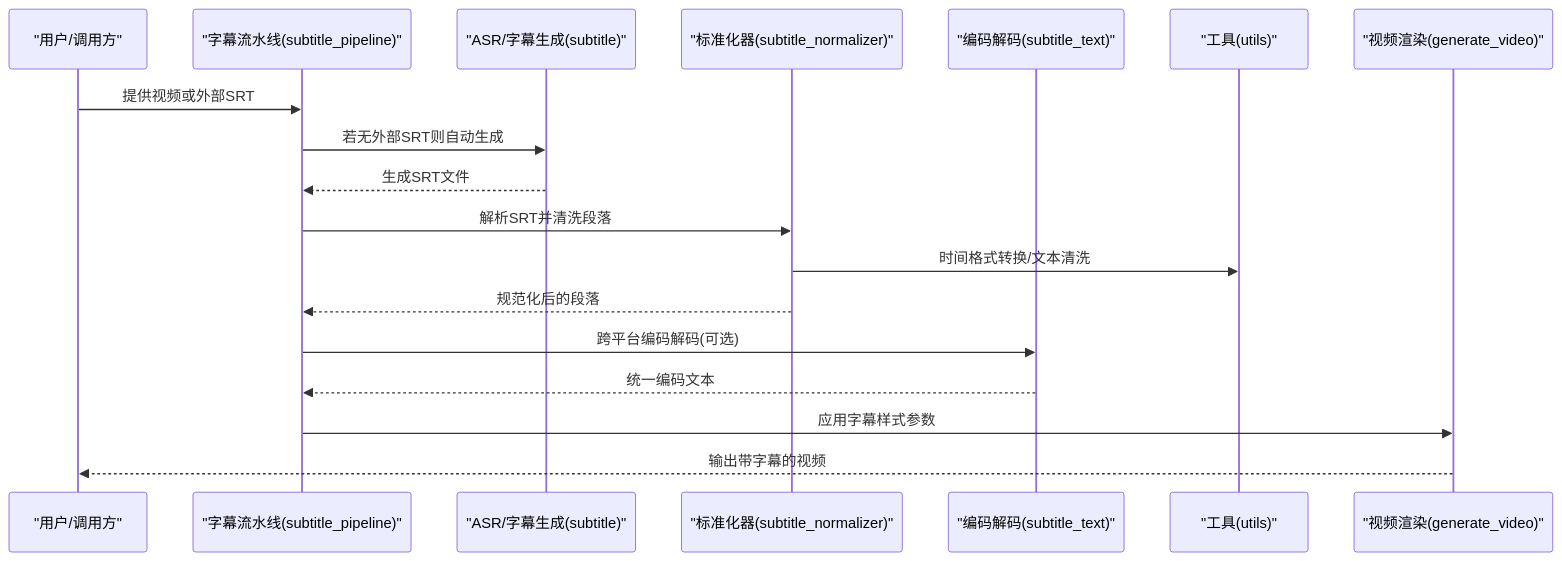
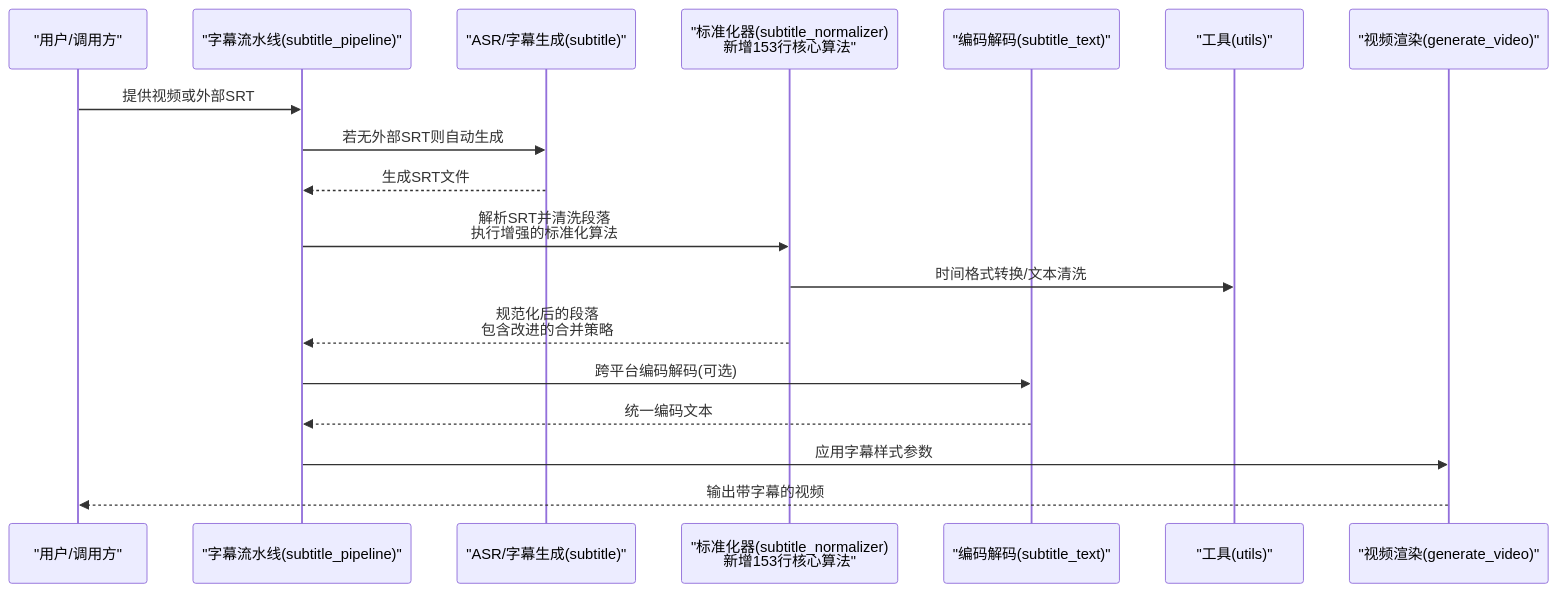
The second of 7 diagrams in .qoder/repowiki/zh/content/核心功能/字幕处理系统/字幕标准化器.md (wowoduang/AIVideoClaude), drawn with Mermaid before and after one commit. The commit also changed other lines of this file and 26 other files, not shown here.

````diff
--- a/.qoder/repowiki/zh/content/核心功能/字幕处理系统/字幕标准化器.md
+++ b/.qoder/repowiki/zh/content/核心功能/字幕处理系统/字幕标准化器.md
@@ -105,20 +117,20 @@
 ```mermaid
 sequenceDiagram
 participant U as "用户/调用方"
 participant SP as "字幕流水线(subtitle_pipeline)"
 participant SU as "ASR/字幕生成(subtitle)"
-participant SN as "标准化器(subtitle_normalizer)"
+participant SN as "标准化器(subtitle_normalizer)<br/>新增153行核心算法"
 participant ST as "编码解码(subtitle_text)"
 participant UT as "工具(utils)"
 participant GV as "视频渲染(generate_video)"
 U->>SP : 提供视频或外部SRT
 SP->>SU : 若无外部SRT则自动生成
 SU-->>SP : 生成SRT文件
-SP->>SN : 解析SRT并清洗段落
+SP->>SN : 解析SRT并清洗段落<br/>执行增强的标准化算法
 SN->>UT : 时间格式转换/文本清洗
-SN-->>SP : 规范化后的段落
+SN-->>SP : 规范化后的段落<br/>包含改进的合并策略
 SP->>ST : 跨平台编码解码(可选)
 ST-->>SP : 统一编码文本
 SP->>GV : 应用字幕样式参数
 GV-->>U : 输出带字幕的视频
 ```
````
